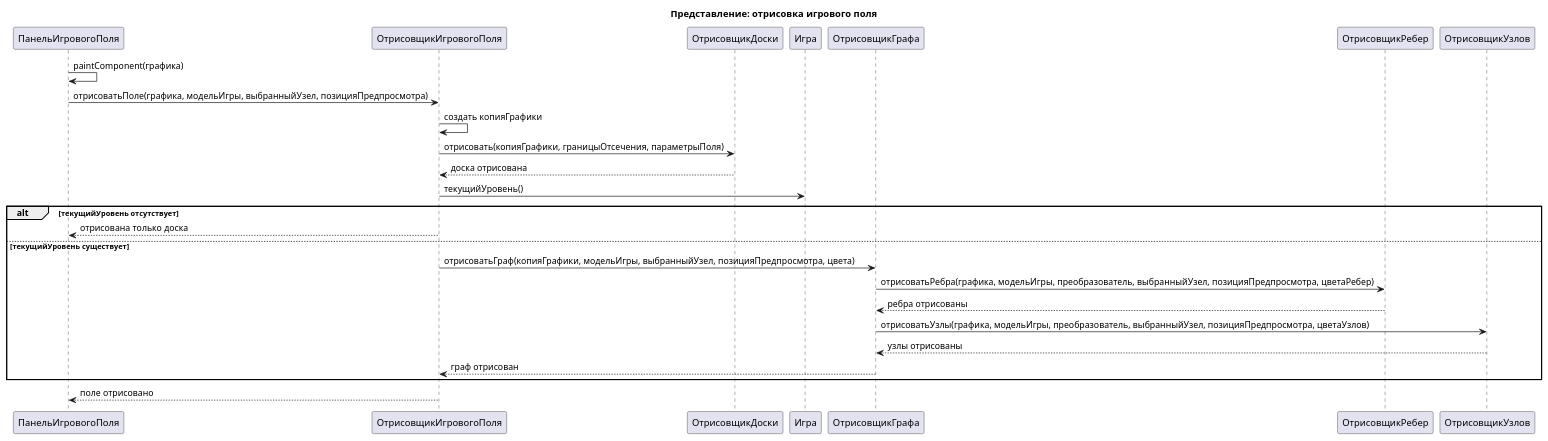
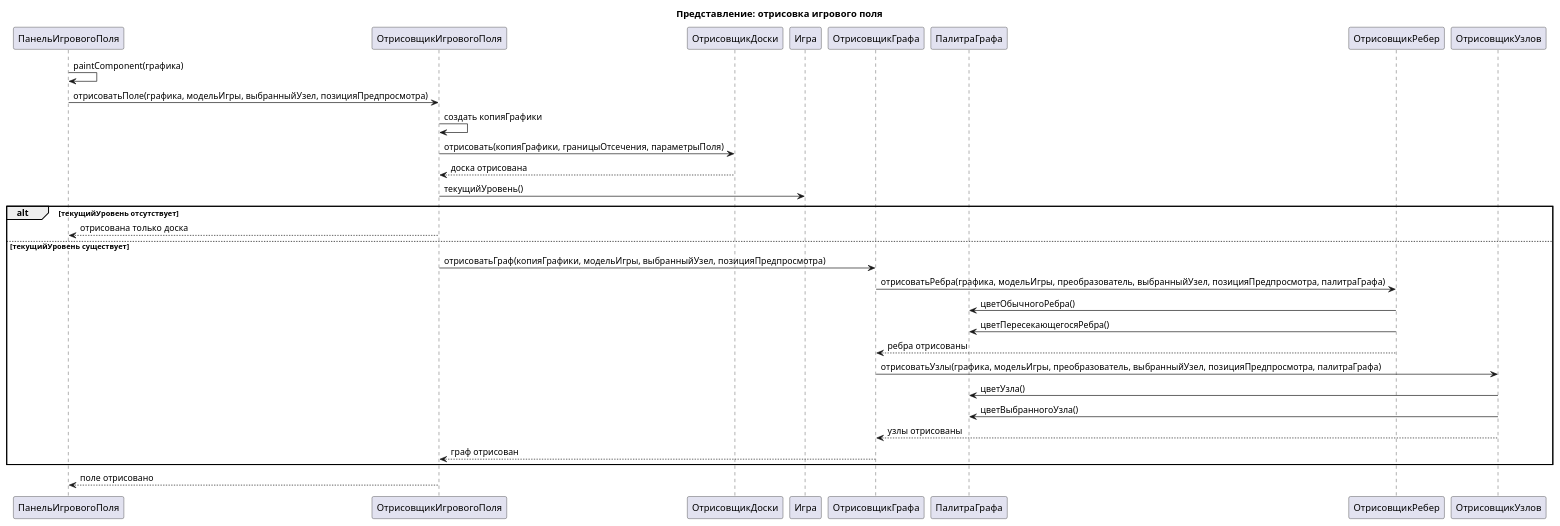
One commit to dmitriyBreyfogel/Untangle changed the diagram in diagrams/View sequence diagrams/04 Render game field.puml. Above: the diagram before and after it, drawn with PlantUML. The commit also changed 17 other files, not shown here.

```diff
--- a/diagrams/View sequence diagrams/04 Render game field.puml
+++ b/diagrams/View sequence diagrams/04 Render game field.puml
@@ -1,30 +1,35 @@
 @startuml
 title Представление: отрисовка игрового поля
 
 participant "ПанельИгровогоПоля" as ПанельИгровогоПоля
 participant "ОтрисовщикИгровогоПоля" as ОтрисовщикИгровогоПоля
 participant "ОтрисовщикДоски" as ОтрисовщикДоски
 participant "Игра" as Игра
 participant "ОтрисовщикГрафа" as ОтрисовщикГрафа
+participant "ПалитраГрафа" as ПалитраГрафа
 participant "ОтрисовщикРебер" as ОтрисовщикРебер
 participant "ОтрисовщикУзлов" as ОтрисовщикУзлов
 
 ПанельИгровогоПоля -> ПанельИгровогоПоля : paintComponent(графика)
 ПанельИгровогоПоля -> ОтрисовщикИгровогоПоля : отрисоватьПоле(графика, модельИгры, выбранныйУзел, позицияПредпросмотра)
 ОтрисовщикИгровогоПоля -> ОтрисовщикИгровогоПоля : создать копияГрафики
 ОтрисовщикИгровогоПоля -> ОтрисовщикДоски : отрисовать(копияГрафики, границыОтсечения, параметрыПоля)
 ОтрисовщикДоски --> ОтрисовщикИгровогоПоля : доска отрисована
 ОтрисовщикИгровогоПоля -> Игра : текущийУровень()
 alt текущийУровень отсутствует
     ОтрисовщикИгровогоПоля --> ПанельИгровогоПоля : отрисована только доска
 else текущийУровень существует
-    ОтрисовщикИгровогоПоля -> ОтрисовщикГрафа : отрисоватьГраф(копияГрафики, модельИгры, выбранныйУзел, позицияПредпросмотра, цвета)
-    ОтрисовщикГрафа -> ОтрисовщикРебер : отрисоватьРебра(графика, модельИгры, преобразователь, выбранныйУзел, позицияПредпросмотра, цветаРебер)
+    ОтрисовщикИгровогоПоля -> ОтрисовщикГрафа : отрисоватьГраф(копияГрафики, модельИгры, выбранныйУзел, позицияПредпросмотра)
+    ОтрисовщикГрафа -> ОтрисовщикРебер : отрисоватьРебра(графика, модельИгры, преобразователь, выбранныйУзел, позицияПредпросмотра, палитраГрафа)
+    ОтрисовщикРебер -> ПалитраГрафа : цветОбычногоРебра()
+    ОтрисовщикРебер -> ПалитраГрафа : цветПересекающегосяРебра()
     ОтрисовщикРебер --> ОтрисовщикГрафа : ребра отрисованы
-    ОтрисовщикГрафа -> ОтрисовщикУзлов : отрисоватьУзлы(графика, модельИгры, преобразователь, выбранныйУзел, позицияПредпросмотра, цветаУзлов)
+    ОтрисовщикГрафа -> ОтрисовщикУзлов : отрисоватьУзлы(графика, модельИгры, преобразователь, выбранныйУзел, позицияПредпросмотра, палитраГрафа)
+    ОтрисовщикУзлов -> ПалитраГрафа : цветУзла()
+    ОтрисовщикУзлов -> ПалитраГрафа : цветВыбранногоУзла()
     ОтрисовщикУзлов --> ОтрисовщикГрафа : узлы отрисованы
     ОтрисовщикГрафа --> ОтрисовщикИгровогоПоля : граф отрисован
 end
 ОтрисовщикИгровогоПоля --> ПанельИгровогоПоля : поле отрисовано
 
 @enduml
```
